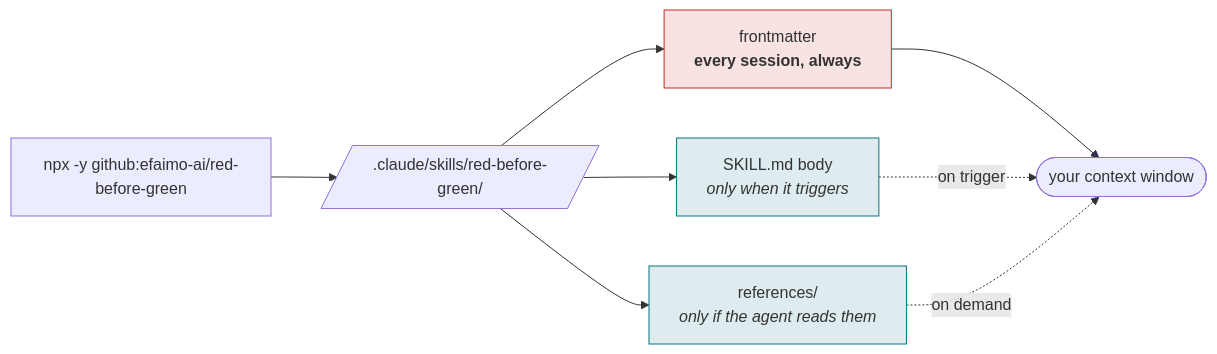
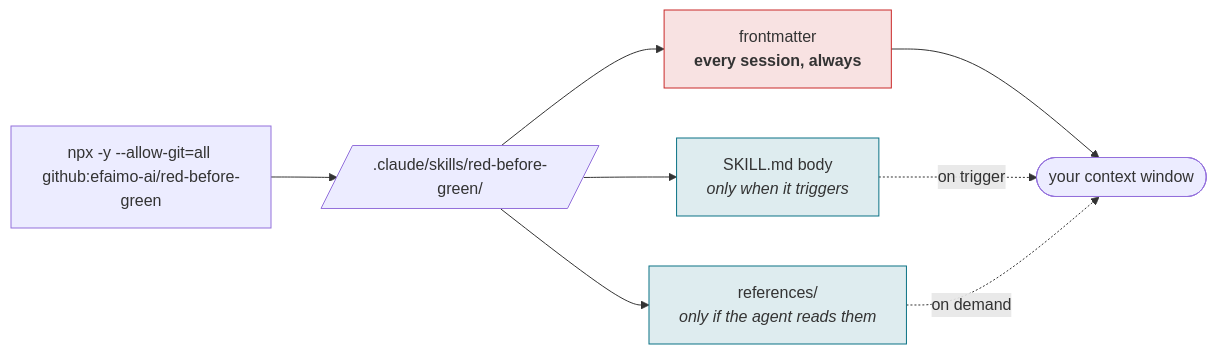
Before and after one commit to efaimo-ai/red-before-green: the second of 3 diagrams in README.md, drawn with Mermaid. The commit also changed other lines of this file, not shown here.

````diff
--- a/README.md
+++ b/README.md
@@ -140,14 +151,14 @@
 ```mermaid
 flowchart LR
-    N["npx -y github:efaimo-ai/red-before-green"] --> D[/".claude/skills/red-before-green/"/]
+    N["npx -y --allow-git=all github:efaimo-ai/red-before-green"] --> D[/".claude/skills/red-before-green/"/]
     D --> M["frontmatter<br/><b>every session, always</b>"]
     D --> B["SKILL.md body<br/><i>only when it triggers</i>"]
     D --> R["references/<br/><i>only if the agent reads them</i>"]
     M --> S(["your context window"])
     B -.->|"on trigger"| S
     R -.->|"on demand"| S
     classDef always fill:#c9282822,stroke:#c92828,stroke-width:1px;
     classDef lazy fill:#0b728522,stroke:#0b7285,stroke-width:1px;
     class M always;
     class B,R lazy;
 ```
````
